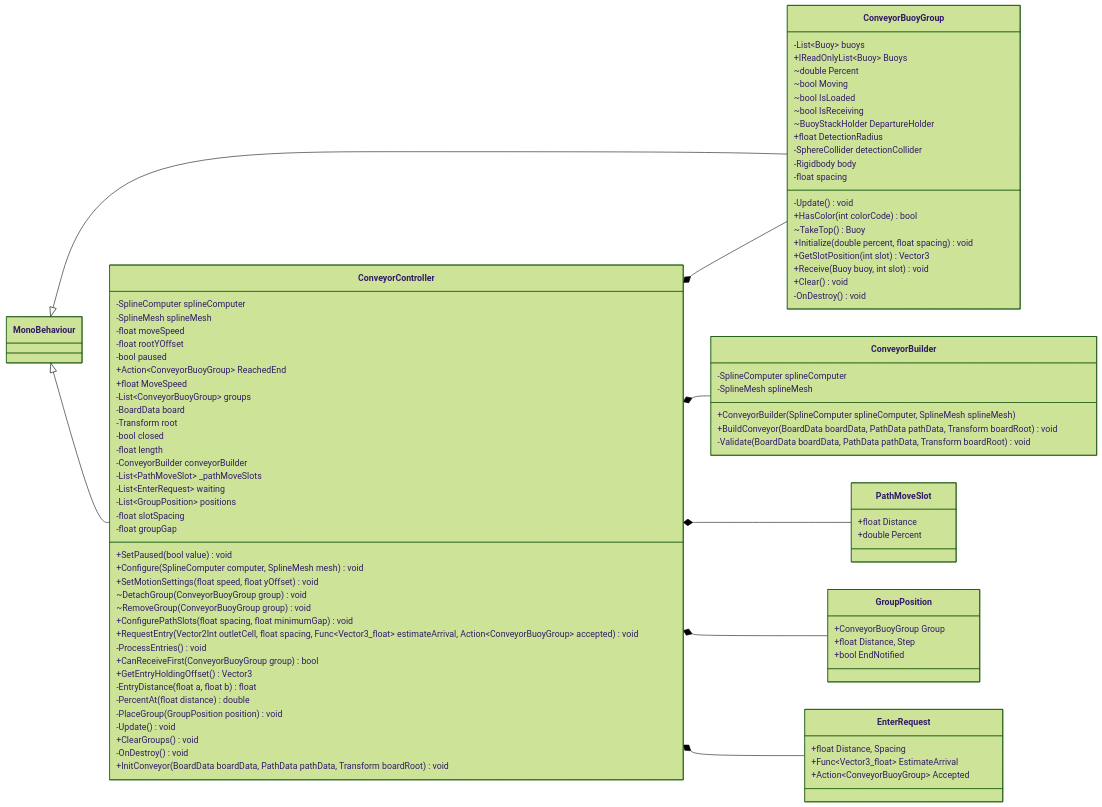
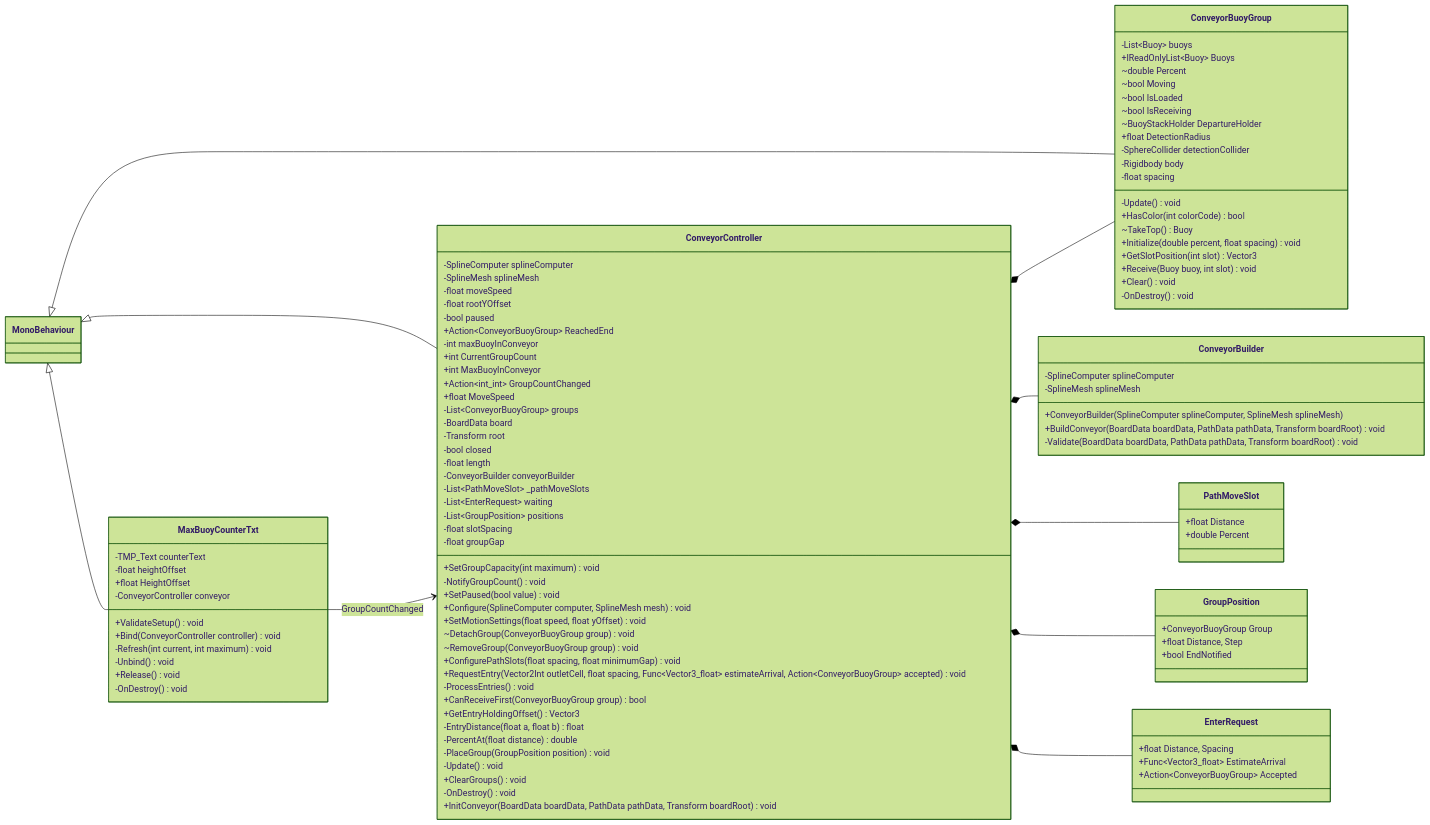
Before and after one commit to nchuoi2443/WaterConveyorSort: the diagram in Docs/ClassDiagram-Conveyor.mmd, drawn with Mermaid (forest theme). The commit also changed 25 other files, not shown here.

Commit message:
add conveyor buoy counter

```diff
--- a/Docs/ClassDiagram-Conveyor.mmd
+++ b/Docs/ClassDiagram-Conveyor.mmd
@@ -1,88 +1,108 @@
 classDiagram
 direction LR
 class ConveyorBuilder {
     -SplineComputer splineComputer
     -SplineMesh splineMesh
     +ConveyorBuilder(SplineComputer splineComputer, SplineMesh splineMesh)
     +BuildConveyor(BoardData boardData, PathData pathData, Transform boardRoot) void
     -Validate(BoardData boardData, PathData pathData, Transform boardRoot) void
 }
 class ConveyorBuoyGroup {
     -List~Buoy~ buoys
     +IReadOnlyList~Buoy~ Buoys
     ~double Percent
     ~bool Moving
     ~bool IsLoaded
     ~bool IsReceiving
     ~BuoyStackHolder DepartureHolder
     +float DetectionRadius
     -SphereCollider detectionCollider
     -Rigidbody body
     -Update() void
     +HasColor(int colorCode) bool
     ~TakeTop() Buoy
     -float spacing
     +Initialize(double percent, float spacing) void
     +GetSlotPosition(int slot) Vector3
     +Receive(Buoy buoy, int slot) void
     +Clear() void
     -OnDestroy() void
 }
 MonoBehaviour <|-- ConveyorBuoyGroup
 class ConveyorController {
     -SplineComputer splineComputer
     -SplineMesh splineMesh
     -float moveSpeed
     -float rootYOffset
     -bool paused
     +Action~ConveyorBuoyGroup~ ReachedEnd
+    -int maxBuoyInConveyor
+    +int CurrentGroupCount
+    +int MaxBuoyInConveyor
+    +Action~int_int~ GroupCountChanged
+    +SetGroupCapacity(int maximum) void
+    -NotifyGroupCount() void
     +SetPaused(bool value) void
     +Configure(SplineComputer computer, SplineMesh mesh) void
     +SetMotionSettings(float speed, float yOffset) void
     +float MoveSpeed
     -List~ConveyorBuoyGroup~ groups
     -BoardData board
     -Transform root
     -bool closed
     -float length
     -ConveyorBuilder conveyorBuilder
     -List~PathMoveSlot~ _pathMoveSlots
     -List~EnterRequest~ waiting
     -List~GroupPosition~ positions
     -float slotSpacing
     -float groupGap
     ~DetachGroup(ConveyorBuoyGroup group) void
     ~RemoveGroup(ConveyorBuoyGroup group) void
     +ConfigurePathSlots(float spacing, float minimumGap) void
     +RequestEntry(Vector2Int outletCell, float spacing, Func~Vector3_float~ estimateArrival, Action~ConveyorBuoyGroup~ accepted) void
     -ProcessEntries() void
     +CanReceiveFirst(ConveyorBuoyGroup group) bool
     +GetEntryHoldingOffset() Vector3
     -EntryDistance(float a, float b) float
     -PercentAt(float distance) double
     -PlaceGroup(GroupPosition position) void
     -Update() void
     +ClearGroups() void
     -OnDestroy() void
     +InitConveyor(BoardData boardData, PathData pathData, Transform boardRoot) void
 }
 MonoBehaviour <|-- ConveyorController
 class PathMoveSlot {
     +float Distance
     +double Percent
 }
 class GroupPosition {
     +ConveyorBuoyGroup Group
     +float Distance, Step
     +bool EndNotified
 }
 class EnterRequest {
     +float Distance, Spacing
     +Func~Vector3_float~ EstimateArrival
     +Action~ConveyorBuoyGroup~ Accepted
 }
+class MaxBuoyCounterTxt {
+    -TMP_Text counterText
+    -float heightOffset
+    +float HeightOffset
+    -ConveyorController conveyor
+    +ValidateSetup() void
+    +Bind(ConveyorController controller) void
+    -Refresh(int current, int maximum) void
+    -Unbind() void
+    +Release() void
+    -OnDestroy() void
+}
+MonoBehaviour <|-- MaxBuoyCounterTxt
 ConveyorController *-- ConveyorBuilder
 ConveyorController *-- ConveyorBuoyGroup
 ConveyorController *-- PathMoveSlot
 ConveyorController *-- GroupPosition
 ConveyorController *-- EnterRequest
+MaxBuoyCounterTxt --> ConveyorController : GroupCountChanged
```
